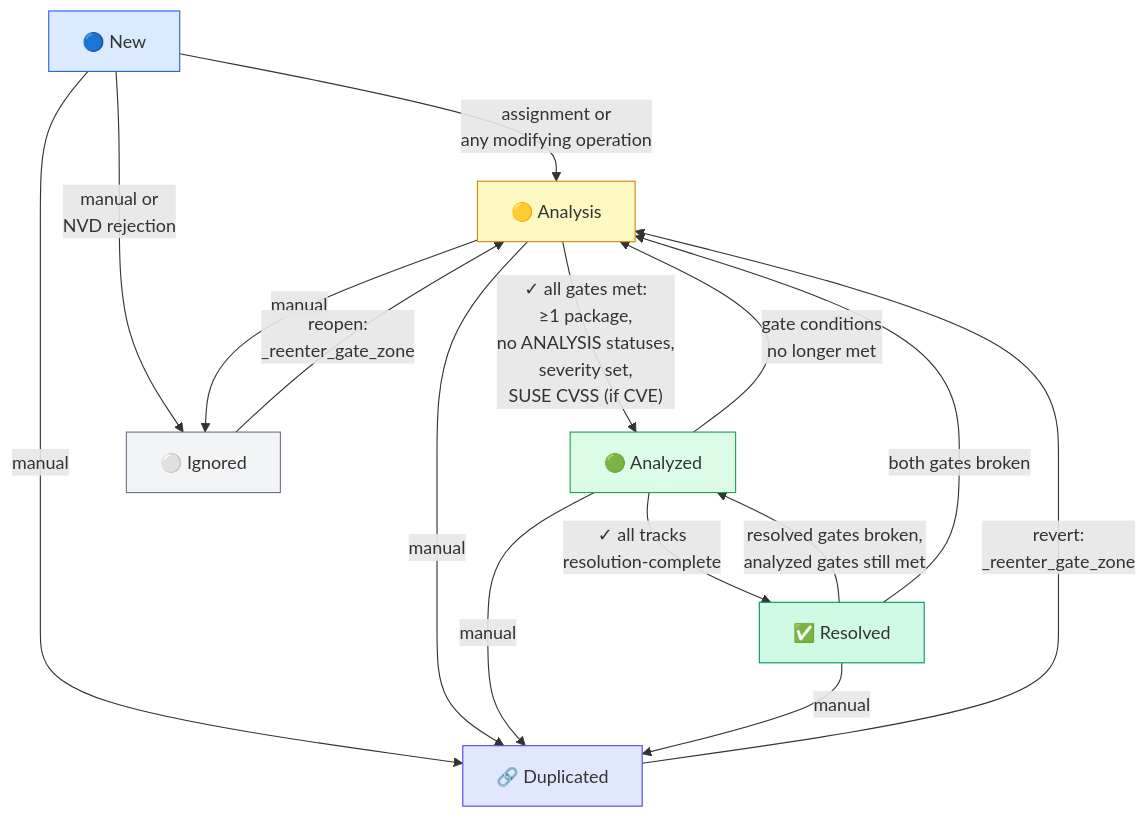
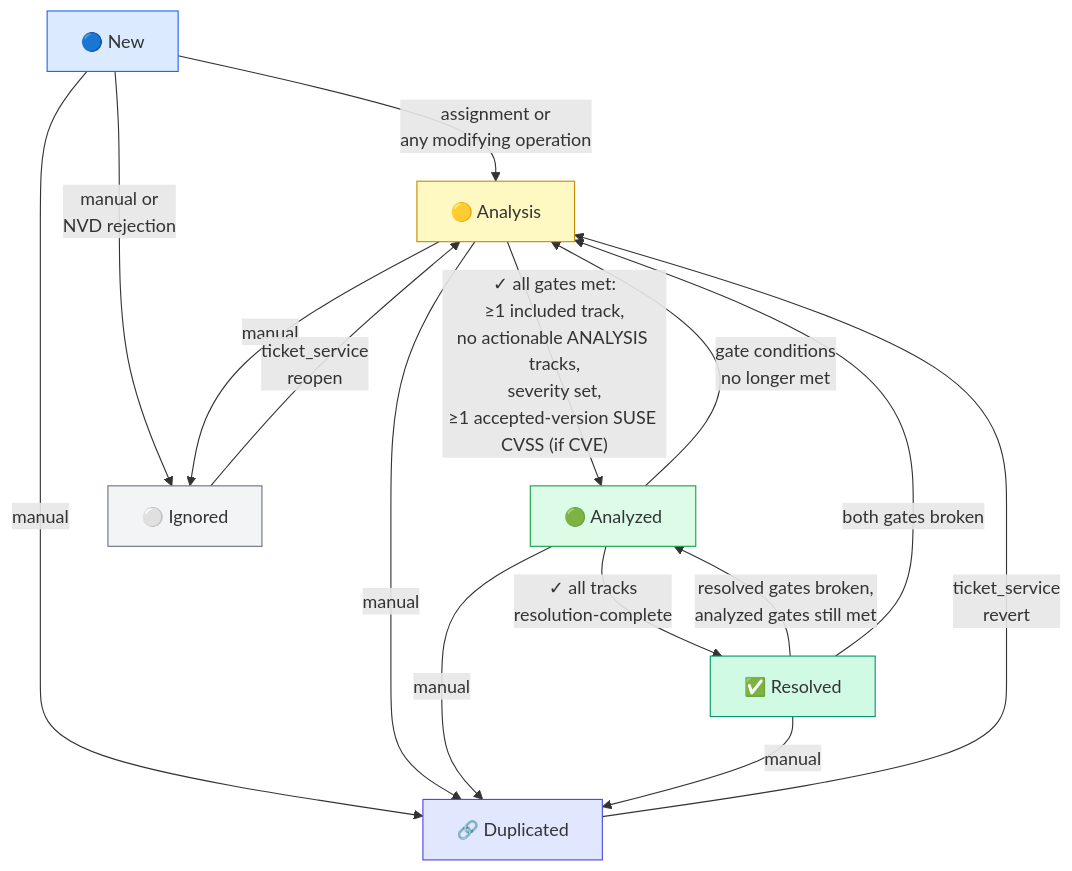
One commit to StayPirate/sentinel changed the fifth of 7 diagrams in docs/system-map.md. Above: the diagram before and after it, drawn with Mermaid. The commit also changed other lines of this file and 16 other files, not shown here.

````diff
--- a/docs/system-map.md
+++ b/docs/system-map.md
@@ -581,36 +581,36 @@
 ```mermaid
 flowchart TD
     NEW["🔵 New"]
     ANALYSIS["🟡 Analysis"]
     ANALYZED["🟢 Analyzed"]
     RESOLVED["✅ Resolved"]
     IGNORED["⚪ Ignored"]
     DUPLICATED["🔗 Duplicated"]
 
     NEW -->|"assignment or<br/>any modifying operation"| ANALYSIS
     NEW -->|"manual or<br/>NVD rejection"| IGNORED
 
-    ANALYSIS -->|"✓ all gates met:<br/>≥1 package,<br/>no ANALYSIS statuses,<br/>severity set,<br/>SUSE CVSS (if CVE)"| ANALYZED
+    ANALYSIS -->|"✓ all gates met:<br/>≥1 included track,<br/>no actionable ANALYSIS tracks,<br/>severity set,<br/>≥1 accepted-version SUSE CVSS (if CVE)"| ANALYZED
     ANALYSIS -->|"manual"| IGNORED
 
     ANALYZED -->|"✓ all tracks<br/>resolution-complete"| RESOLVED
     ANALYZED -->|"gate conditions<br/>no longer met"| ANALYSIS
 
     RESOLVED -->|"resolved gates broken,<br/>analyzed gates still met"| ANALYZED
     RESOLVED -->|"both gates broken"| ANALYSIS
 
     NEW -->|"manual"| DUPLICATED
     ANALYSIS -->|"manual"| DUPLICATED
     ANALYZED -->|"manual"| DUPLICATED
     RESOLVED -->|"manual"| DUPLICATED
 
-    DUPLICATED -->|"revert:<br/>_reenter_gate_zone"| ANALYSIS
-    IGNORED -->|"reopen:<br/>_reenter_gate_zone"| ANALYSIS
+    DUPLICATED -->|"ticket_service<br/>revert"| ANALYSIS
+    IGNORED -->|"ticket_service<br/>reopen"| ANALYSIS
 
     style NEW fill:#dbeafe,stroke:#2563eb
     style ANALYSIS fill:#fef9c3,stroke:#ca8a04
     style ANALYZED fill:#dcfce7,stroke:#16a34a
     style RESOLVED fill:#d1fae5,stroke:#059669
     style IGNORED fill:#f3f4f6,stroke:#6b7280
     style DUPLICATED fill:#e0e7ff,stroke:#4f46e5
 ```
````
